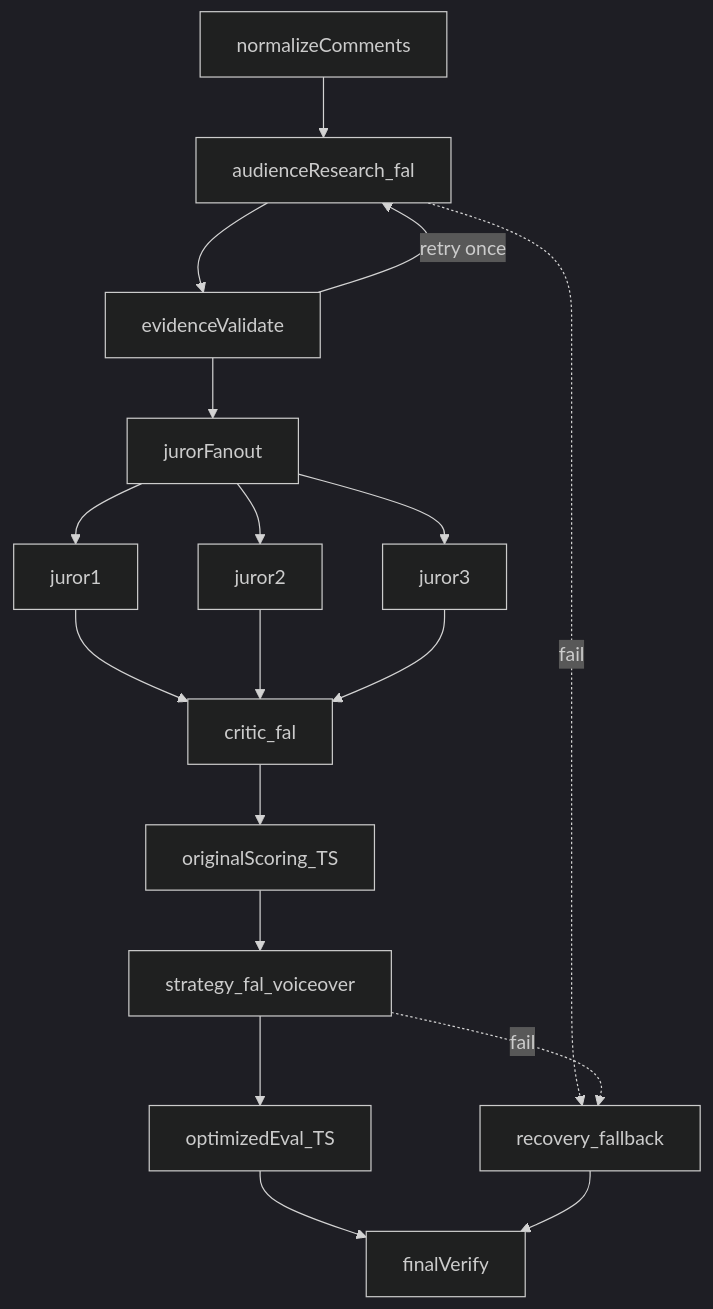
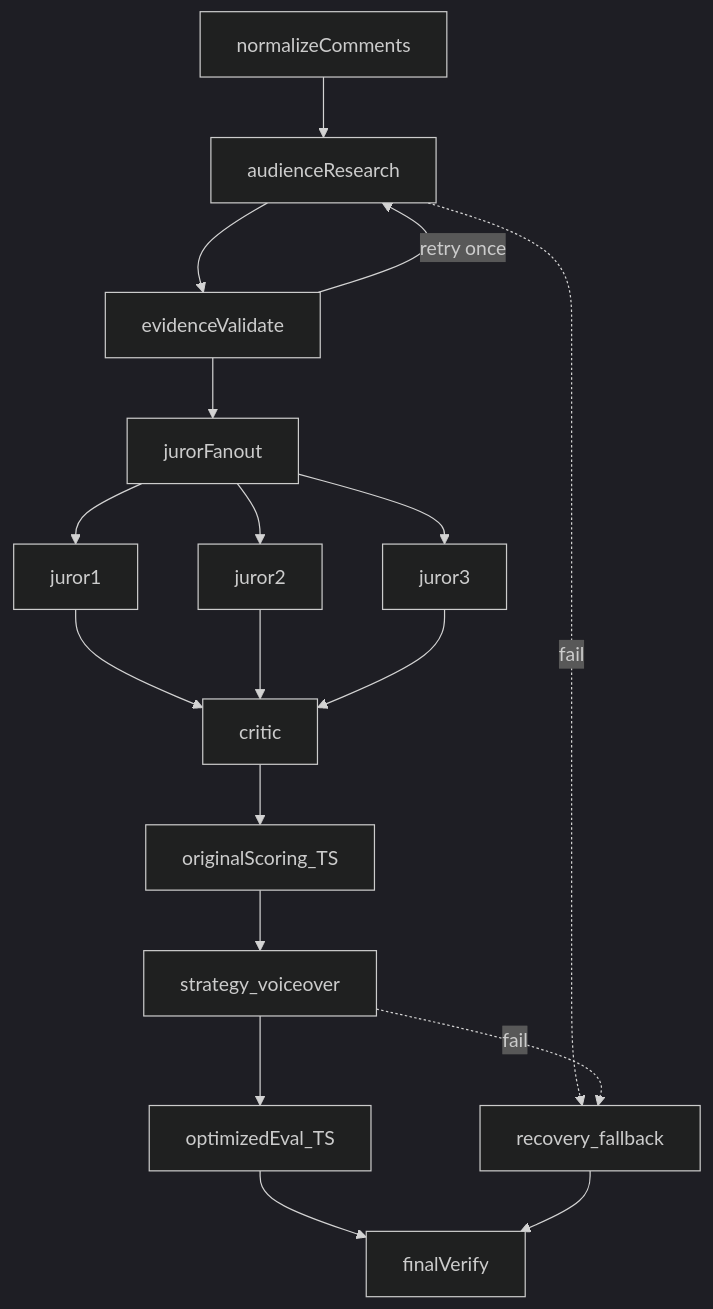
Before and after one commit to harshjoshi23/Thunder: the second of 4 diagrams in docs/architecture.md, drawn with Mermaid (dark theme). The commit also changed other lines of this file and 62 other files, not shown here.

````diff
--- a/docs/architecture.md
+++ b/docs/architecture.md
@@ -56,20 +58,20 @@
 ```mermaid
 flowchart TB
-  N[normalizeComments] --> A[audienceResearch_fal]
+  N[normalizeComments] --> A[audienceResearch]
   A --> E[evidenceValidate]
   E -->|retry once| A
   E --> F[jurorFanout]
   F --> J1[juror1]
   F --> J2[juror2]
   F --> J3[juror3]
-  J1 --> C[critic_fal]
+  J1 --> C[critic]
   J2 --> C
   J3 --> C
   C --> S[originalScoring_TS]
-  S --> ST[strategy_fal_voiceover]
+  S --> ST[strategy_voiceover]
   ST --> O[optimizedEval_TS]
   O --> V[finalVerify]
   A -.->|fail| M[recovery_fallback]
   ST -.->|fail| M
   M --> V
 ```
````
